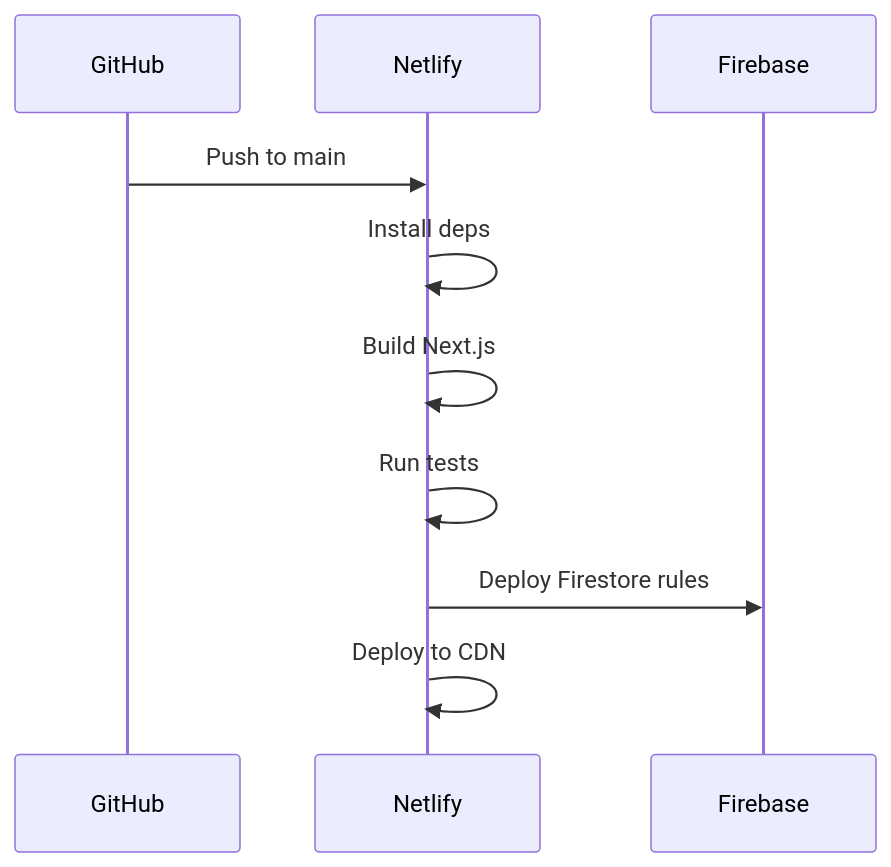
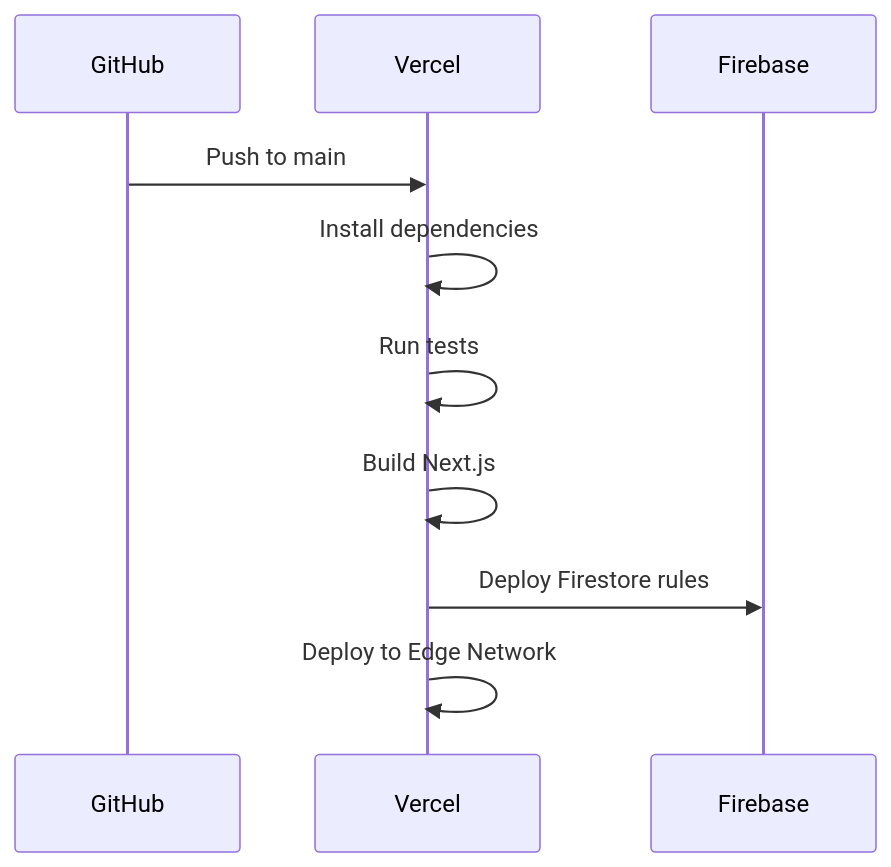
The fourth of 4 diagrams in README.md (xuechunL/cinemo-react), drawn with Mermaid before and after one commit. The commit also changed other lines of this file, not shown here.

Commit message:
doc: update architecture design

````diff
--- a/README.md
+++ b/README.md
@@ -234,14 +285,13 @@
 ```mermaid
 sequenceDiagram
-  participant Git as GitHub
-  participant Netlify
-  participant Firebase
+    participant Git as GitHub
+    participant Vercel
+    participant Firebase
 
-  Git->>Netlify: Push to main
-  Netlify->>Netlify: Install deps
-  Netlify->>Netlify: Build Next.js
-  Netlify->>Netlify: Run tests
-  Netlify->>Firebase: Deploy Firestore rules
-  Netlify->>Netlify: Deploy to CDN
-
+    Git->>Vercel: Push to main
+    Vercel->>Vercel: Install dependencies
+    Vercel->>Vercel: Run tests
+    Vercel->>Vercel: Build Next.js
+    Vercel->>Firebase: Deploy Firestore rules
+    Vercel->>Vercel: Deploy to Edge Network
 ```
````
